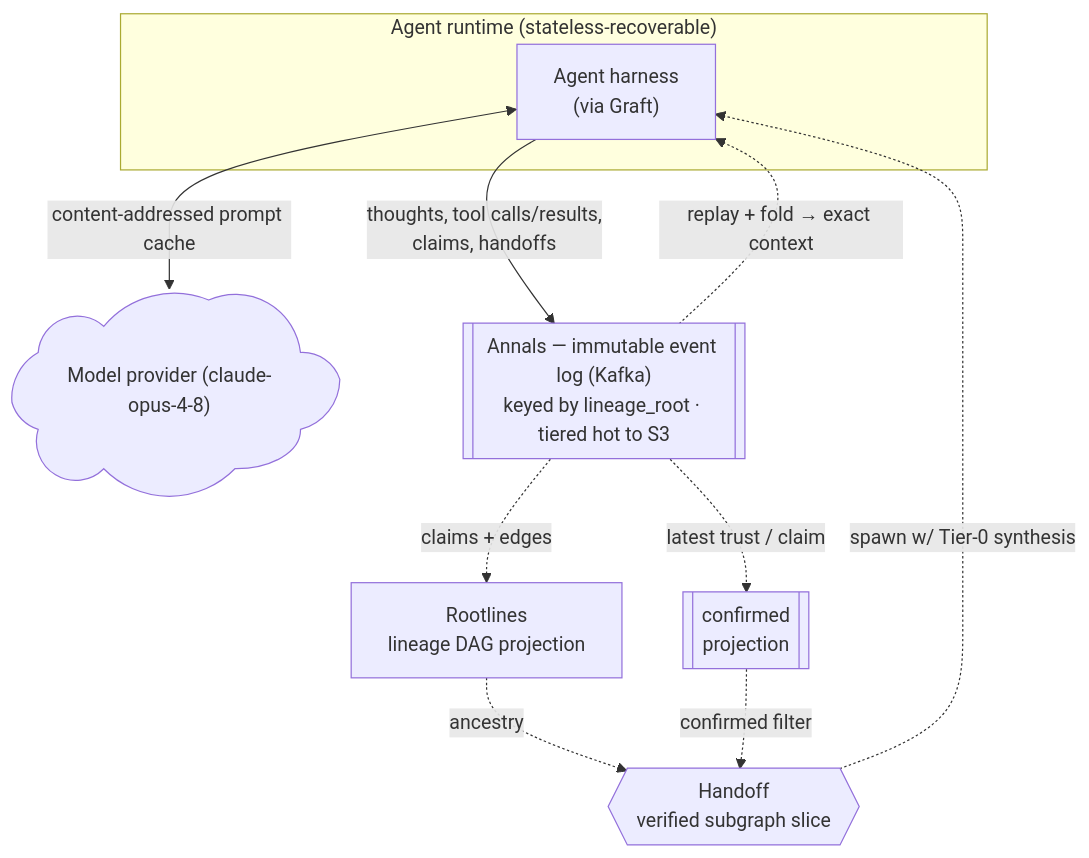
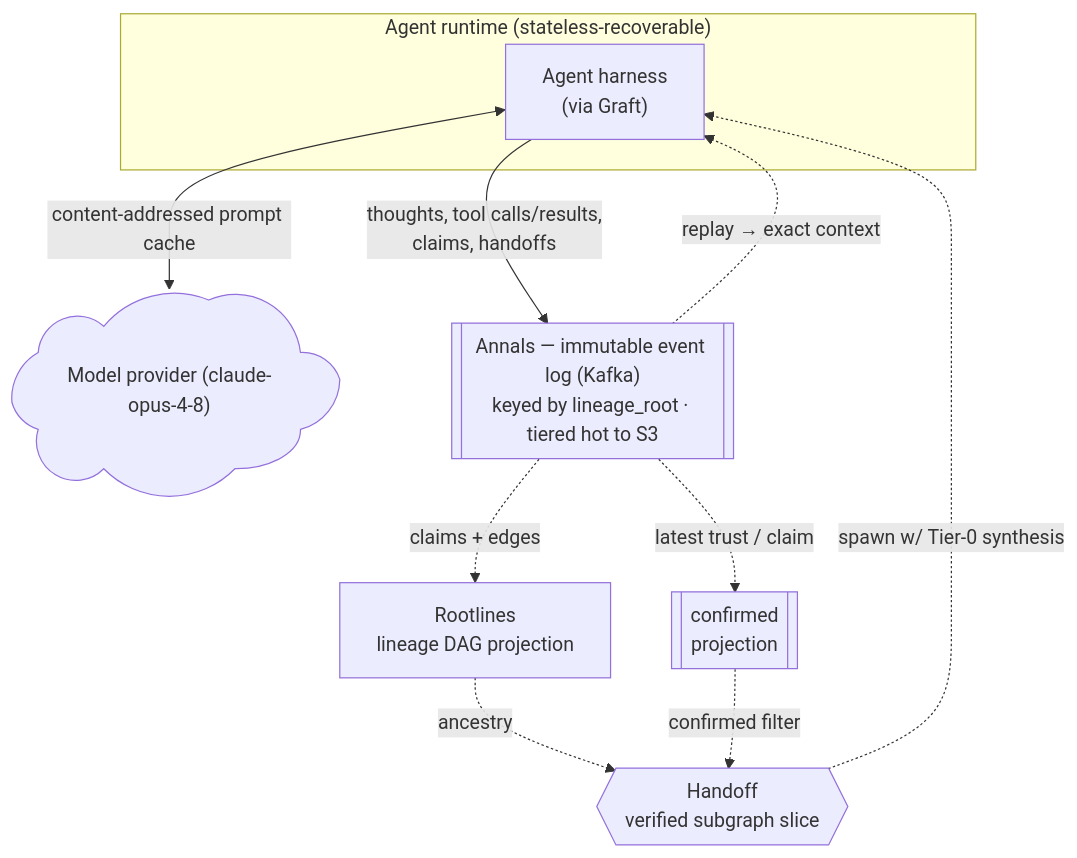
Before and after one commit to bitcomplete/wolfgang: the first of 3 diagrams in knowledge/ARCHITECTURE.md, drawn with Mermaid. The commit also changed other lines of this file, not shown here.

First line of the commit message:
ARCHITECTURE.md: ease up on event-sourcing jargon ("fold" x15 -> ~0)

````diff
--- a/knowledge/ARCHITECTURE.md
+++ b/knowledge/ARCHITECTURE.md
@@ -40,18 +41,18 @@
 ```mermaid
 flowchart TB
   LLM@{ shape: cloud, label: "Model provider (claude-opus-4-8)" }
   subgraph RT["Agent runtime (stateless-recoverable)"]
     AGENT["Agent harness<br/>(via Graft)"]
   end
   AGENT <-->|"content-addressed prompt cache"| LLM
 
   ANNALS[["Annals — immutable event log (Kafka)<br/>keyed by lineage_root · tiered hot to S3"]]
   AGENT -->|"thoughts, tool calls/results,<br/>claims, handoffs"| ANNALS
-  ANNALS -.->|"replay + fold → exact context"| AGENT
+  ANNALS -.->|"replay → exact context"| AGENT
   ANNALS -.->|"claims + edges"| ROOT["Rootlines<br/>lineage DAG projection"]
 
   ANNALS -.->|"latest trust / claim"| CONF[["confirmed<br/>projection"]]
   ROOT -.->|"ancestry"| HANDOFF{{"Handoff<br/>verified subgraph slice"}}
   CONF -.->|"confirmed filter"| HANDOFF
   HANDOFF -.->|"spawn w/ Tier-0 synthesis"| AGENT
 ```
````
